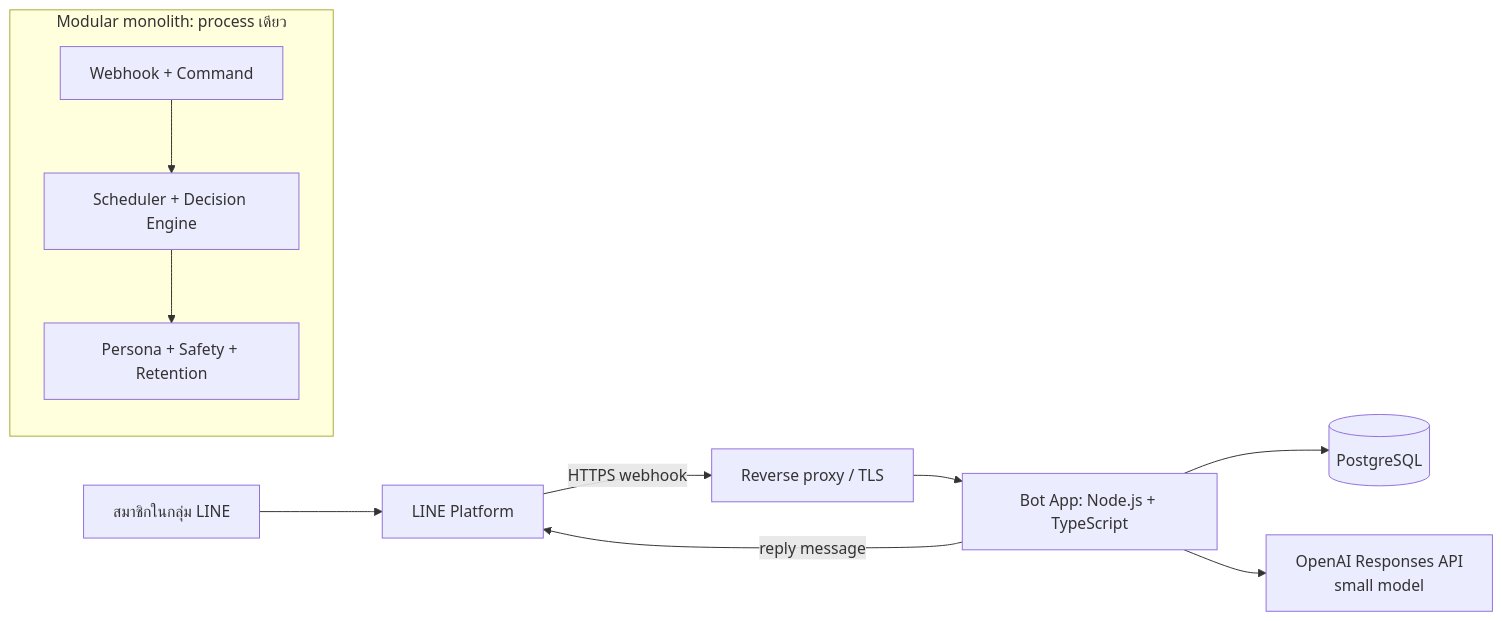
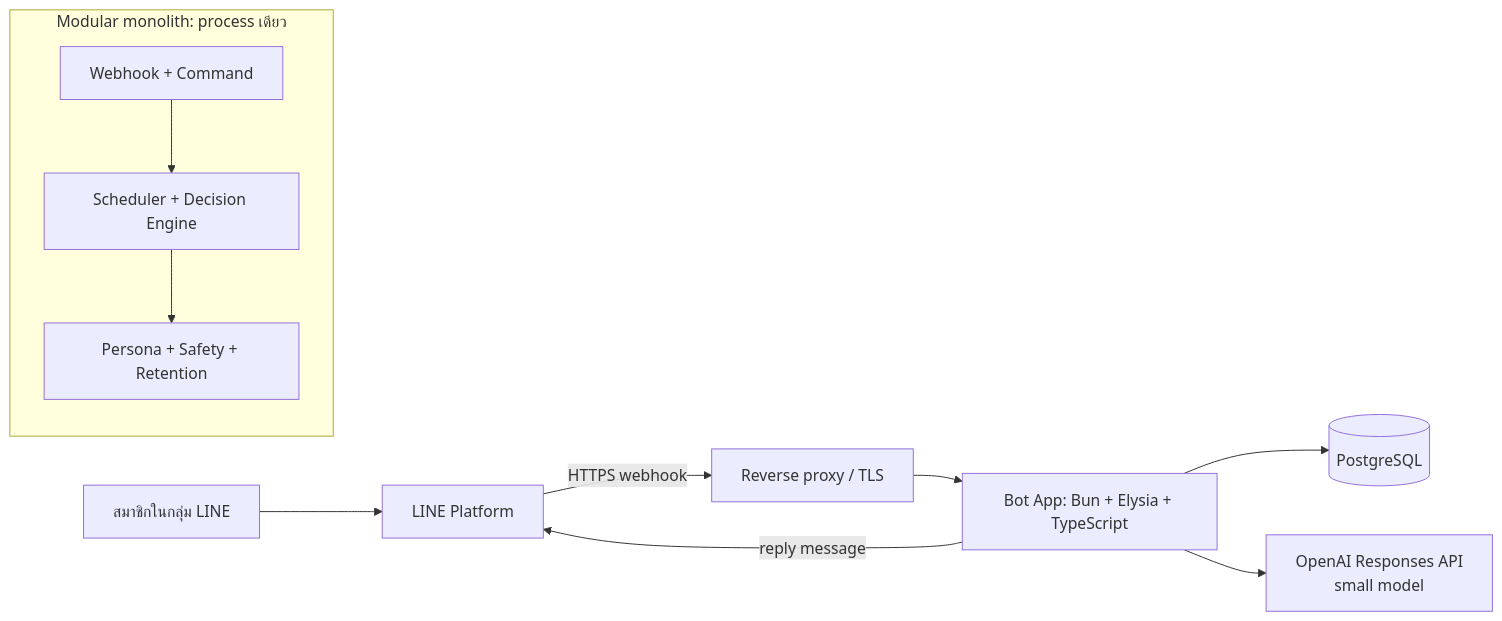
The diagram in docs/architecture.md (pxndpalat/bot-plus), drawn with Mermaid before and after one commit. The commit also changed 98 other files, not shown here.

````diff
--- a/docs/architecture.md
+++ b/docs/architecture.md
@@ -32,16 +32,16 @@
 ```mermaid
 flowchart LR
     U["สมาชิกในกลุ่ม LINE"] --> L["LINE Platform"]
     L -->|"HTTPS webhook"| R["Reverse proxy / TLS"]
-    R --> A["Bot App: Node.js + TypeScript"]
+    R --> A["Bot App: Bun + Elysia + TypeScript"]
     A -->|"reply message"| L
     A --> P[("PostgreSQL")]
     A --> O["OpenAI Responses API\nsmall model"]
 
     subgraph APP["Modular monolith: process เดียว"]
       A1["Webhook + Command"]
       A2["Scheduler + Decision Engine"]
       A3["Persona + Safety + Retention"]
       A1 --> A2 --> A3
     end
 ```
````
